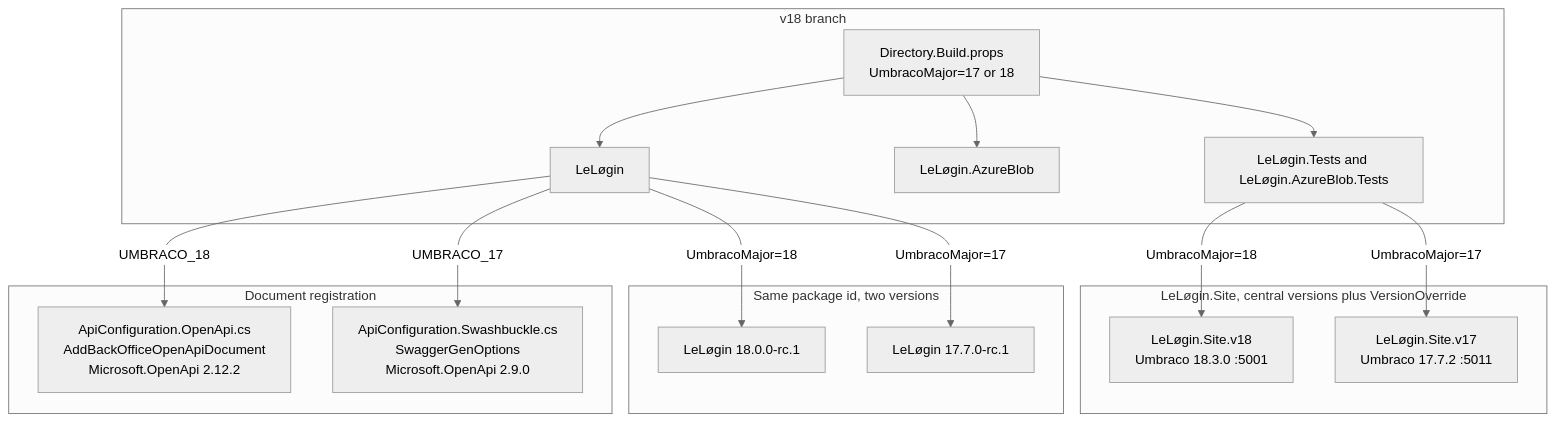
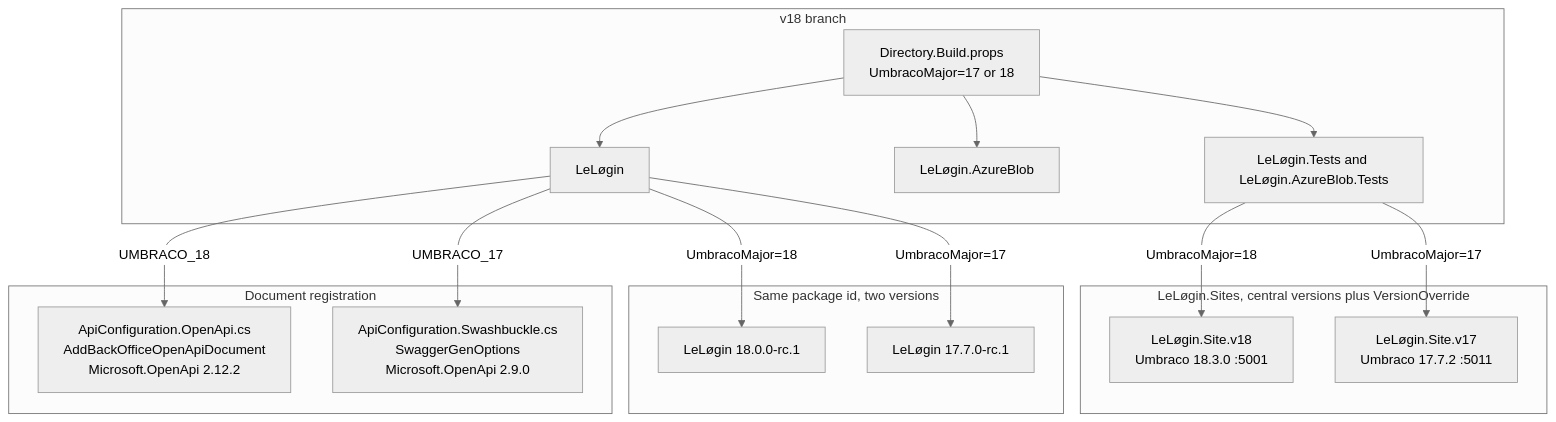
Before and after one commit to tedlindholm/LeLoegin: the diagram in Plans/dual-version-support-v17-v18-plan.md, drawn with Mermaid (neutral theme). The commit also changed other lines of this file and 7 other files, not shown here.

````diff
--- a/Plans/dual-version-support-v17-v18-plan.md
+++ b/Plans/dual-version-support-v17-v18-plan.md
@@ -57,24 +57,24 @@
 ```mermaid
 flowchart TD
     subgraph Solution["v18 branch"]
         Props["Directory.Build.props<br/>UmbracoMajor=17 or 18"]
         Props --> Core["LeLøgin"]
         Props --> Blob["LeLøgin.AzureBlob"]
         Props --> Tests["LeLøgin.Tests and LeLøgin.AzureBlob.Tests"]
     end
 
     subgraph OpenApi["Document registration"]
         Core -->|UMBRACO_18| V18["ApiConfiguration.OpenApi.cs<br/>AddBackOfficeOpenApiDocument<br/>Microsoft.OpenApi 2.12.2"]
         Core -->|UMBRACO_17| V17["ApiConfiguration.Swashbuckle.cs<br/>SwaggerGenOptions<br/>Microsoft.OpenApi 2.9.0"]
     end
 
-    subgraph Sites["LeLøgin.Site, central versions plus VersionOverride"]
+    subgraph Sites["LeLøgin.Sites, central versions plus VersionOverride"]
         Tests -->|UmbracoMajor=18| Site18["LeLøgin.Site.v18<br/>Umbraco 18.3.0 :5001"]
         Tests -->|UmbracoMajor=17| Site17["LeLøgin.Site.v17<br/>Umbraco 17.7.2 :5011"]
     end
 
     subgraph Pack["Same package id, two versions"]
         Core -->|UmbracoMajor=18| Nupkg18["LeLøgin 18.0.0-rc.1"]
         Core -->|UmbracoMajor=17| Nupkg17["LeLøgin 17.7.0-rc.1"]
     end
 ```
````
